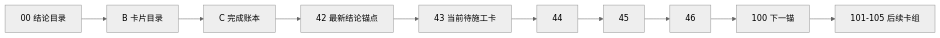
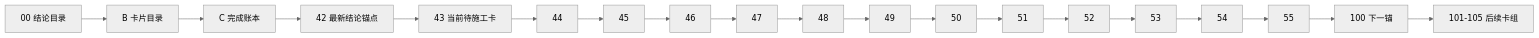
Before and after one commit to everything-is-simple/lifespan-0.01: the diagram in docs/03-execution/A-execution-reading-order-20260409.md, drawn with Mermaid (neutral theme). The commit also changed other lines of this file and 39 other files, not shown here.

````diff
--- a/docs/03-execution/A-execution-reading-order-20260409.md
+++ b/docs/03-execution/A-execution-reading-order-20260409.md
@@ -25,12 +36,21 @@
 ```mermaid
 flowchart LR
     CONC["00 结论目录"] --> BCAT["B 卡片目录"]
     BCAT --> CLED["C 完成账本"]
     CLED --> ANC["42 最新结论锚点"]
     ANC --> G43["43 当前待施工卡"]
     G43 --> G44["44"]
     G44 --> G45["45"]
     G45 --> G46["46"]
-    G46 --> NEXT["100 下一锚"]
+    G46 --> G47["47"]
+    G47 --> G48["48"]
+    G48 --> G49["49"]
+    G49 --> G50["50"]
+    G50 --> G51["51"]
+    G51 --> G52["52"]
+    G52 --> G53["53"]
+    G53 --> G54["54"]
+    G54 --> G55["55"]
+    G55 --> NEXT["100 下一锚"]
     NEXT --> POST["101-105 后续卡组"]
 ```
````
